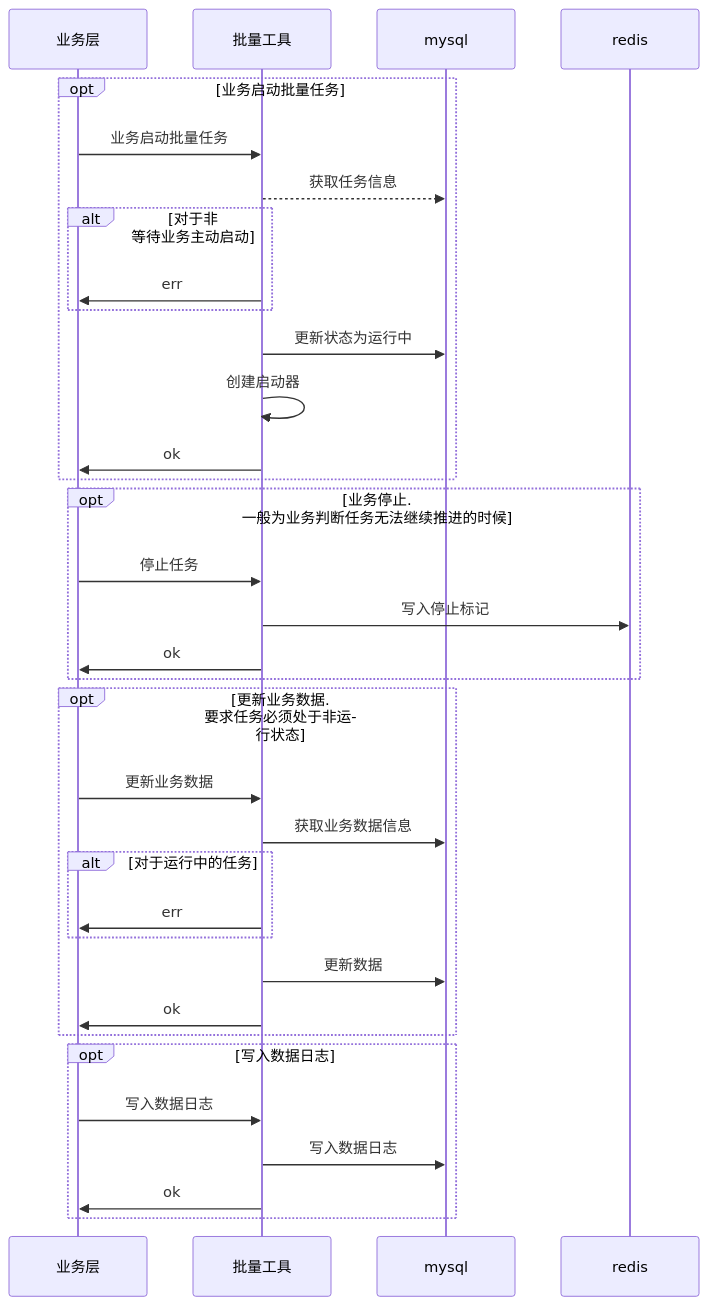
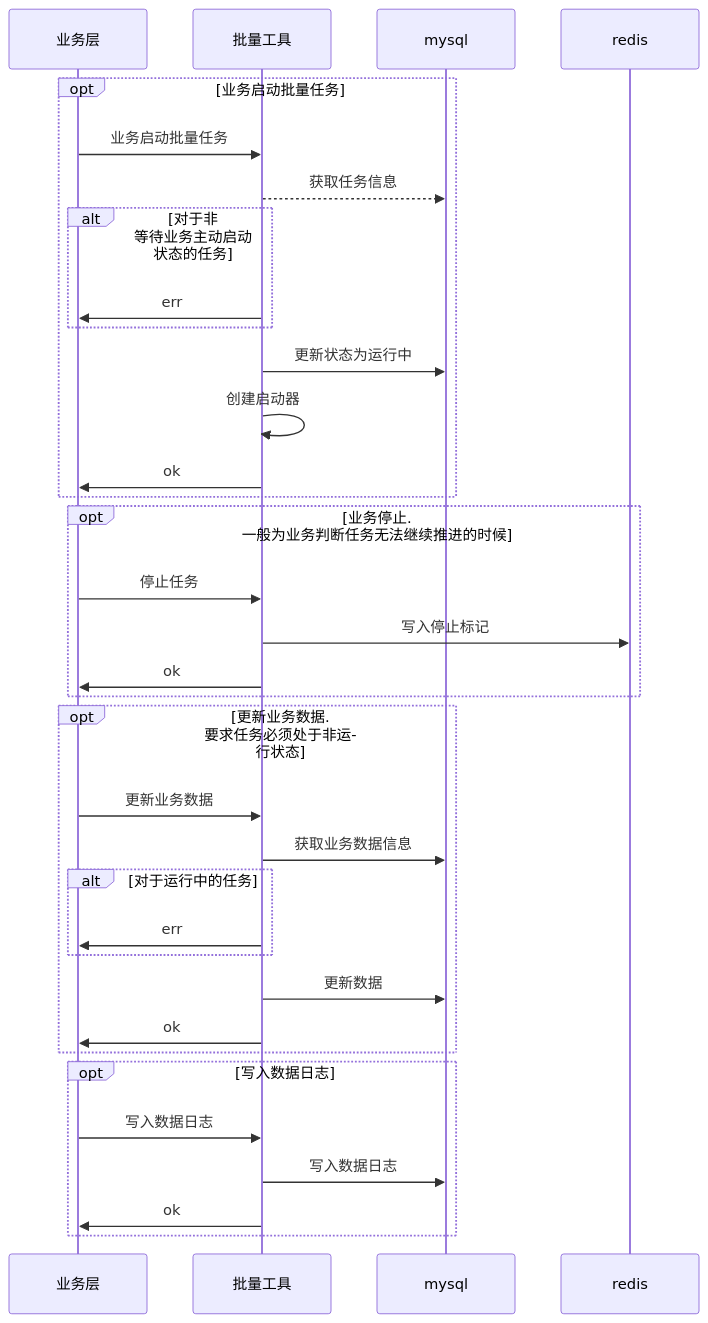
One commit to zlyuancn/batch_job changed the second of 5 diagrams in readme.md. Above: the diagram before and after it, drawn with Mermaid. The commit also changed 19 other files, not shown here.

````diff
--- a/readme.md
+++ b/readme.md
@@ -83,42 +83,42 @@
 ```mermaid
 sequenceDiagram
 participant f as 业务层
 participant b as 批量工具
 participant d as mysql
 participant e as redis
 
 opt 业务启动批量任务
 f ->> b: 业务启动批量任务
 b -->> d: 获取任务信息
-alt 对于非 等待业务主动启动
+alt 对于非 等待业务主动启动 状态的任务
   b ->> f: err
 end
 
 b ->> d: 更新状态为运行中
 b ->> b: 创建启动器
 
 b ->> f: ok
 end
 
 opt 业务停止. 一般为业务判断任务无法继续推进的时候
   f ->> b: 停止任务
   b ->> e: 写入停止标记
   b ->> f: ok
 end
 
 opt 更新业务数据. 要求任务必须处于非运行状态
   f ->> b: 更新业务数据
   b ->> d: 获取业务数据信息
   alt 对于运行中的任务
     b ->> f: err
   end
   b ->> d: 更新数据
   b ->> f: ok
 end
 
 opt 写入数据日志
   f ->> b: 写入数据日志
   b ->> d: 写入数据日志
   b ->> f: ok
 end
 ```
````
